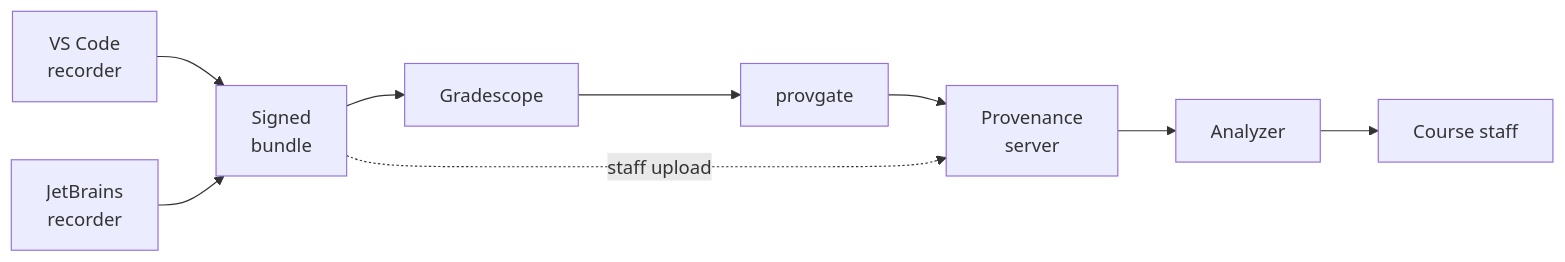
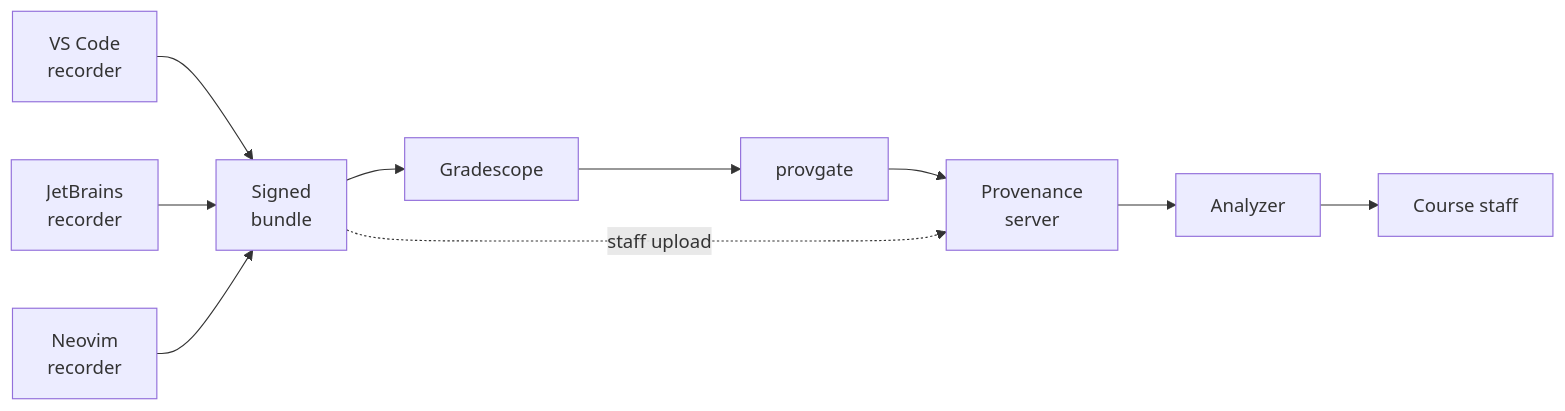
The diagram in profile/README.md (ProvenanceTools/.github), drawn with Mermaid before and after one commit. The commit also changed other lines of this file, not shown here.

Commit message:
docs(profile): add provenance-neovim-recorder to family diagram and repo table

````diff
--- a/profile/README.md
+++ b/profile/README.md
@@ -18,11 +18,12 @@
 ```mermaid
 flowchart LR
   VSC["VS Code<br/>recorder"] --> BUN["Signed<br/>bundle"]
   JET["JetBrains<br/>recorder"] --> BUN
+  NVM["Neovim<br/>recorder"] --> BUN
   BUN --> GRD["Gradescope"]
   GRD --> PGT["provgate"]
   PGT --> SRV["Provenance<br/>server"]
   BUN -. "staff upload" .-> SRV
   SRV --> ANL["Analyzer"]
   ANL --> STF["Course staff"]
 ```
````
